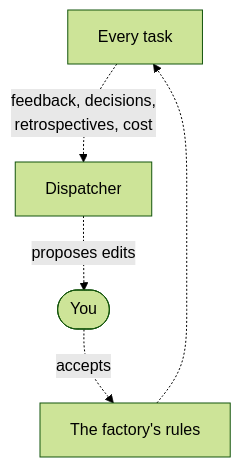
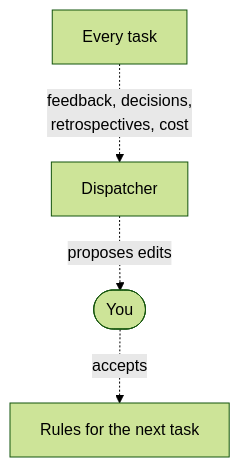
Before and after one commit to andreiciobotar/isshoni: the second of 2 diagrams in README.md, drawn with Mermaid (forest theme).

Commit message:
README: the kaizen diagram is a straight chain, so GitHub's zoom buttons do not cover its last node on a phone

````diff
--- a/README.md
+++ b/README.md
@@ -91,7 +91,6 @@
 ```mermaid
 flowchart TD
     tasks[Every task] -. feedback, decisions,<br>retrospectives, cost .-> disp[Dispatcher]
     disp -. proposes edits .-> you([You])
-    you -. accepts .-> rules[The factory's rules]
-    rules -.-> tasks
+    you -. accepts .-> rules[Rules for the next task]
 ```
````
